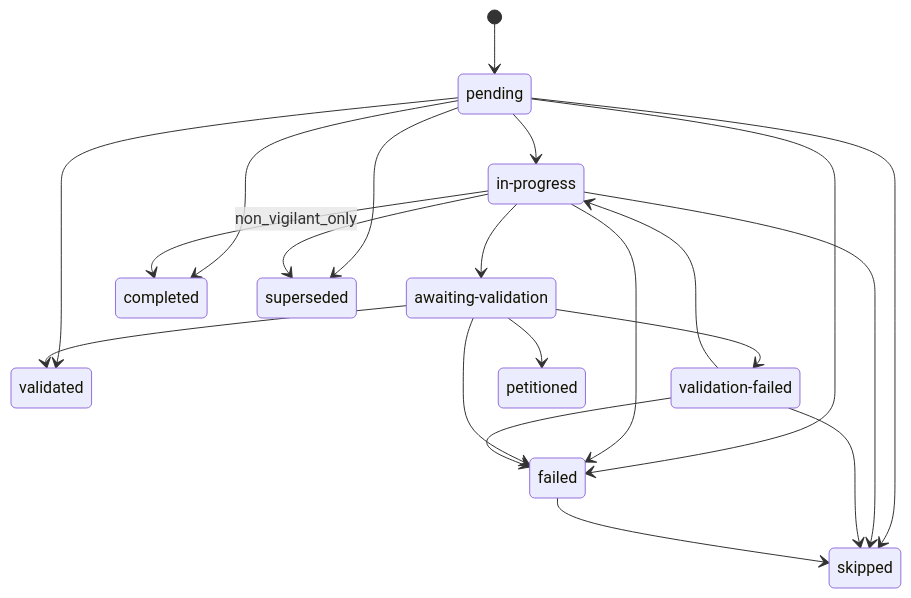
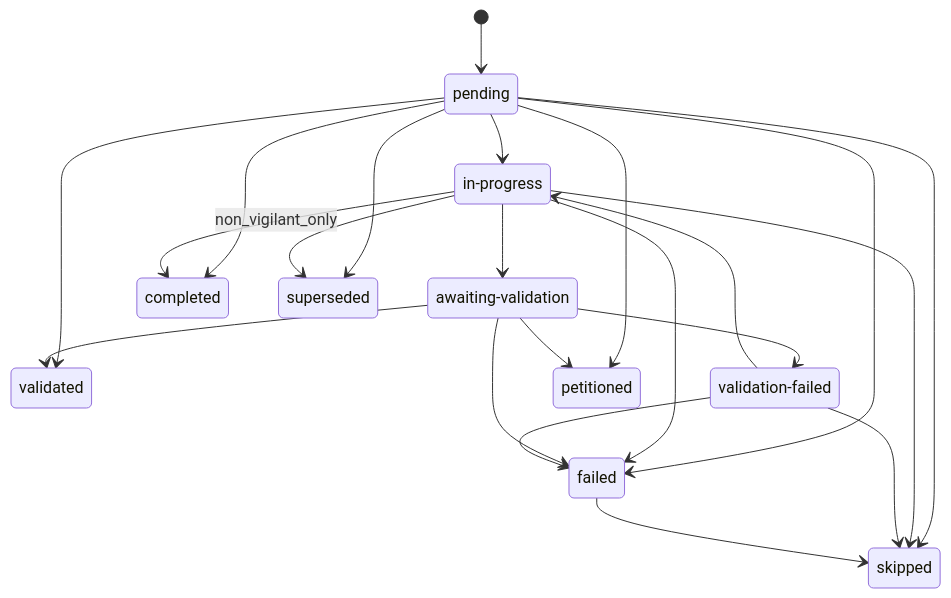
Before and after one commit to n-orlov/ralphd: the second of 2 diagrams in docs/architecture.md, drawn with Mermaid. The commit also changed other lines of this file and 4 other files, not shown here.

````diff
--- a/docs/architecture.md
+++ b/docs/architecture.md
@@ -423,33 +425,34 @@
 ```mermaid
 stateDiagram-v2
     state "pending" as pending
     state "in-progress" as in_progress
     state "awaiting-validation" as awaiting_validation
     state "validated" as validated
     state "validation-failed" as validation_failed
     state "completed" as completed
     state "failed" as failed
     state "skipped" as skipped
     state "petitioned" as petitioned
     state "superseded" as superseded
     [*] --> pending
     pending --> in_progress
     pending --> validated
     pending --> completed
     pending --> failed
     pending --> skipped
     pending --> superseded
+    pending --> petitioned
     in_progress --> awaiting_validation
     in_progress --> failed
     in_progress --> skipped
     in_progress --> superseded
     awaiting_validation --> validated
     awaiting_validation --> validation_failed
     awaiting_validation --> failed
     awaiting_validation --> petitioned
     validation_failed --> in_progress
     validation_failed --> failed
     validation_failed --> skipped
     failed --> skipped
     in_progress --> completed : non_vigilant_only
 ```
````
